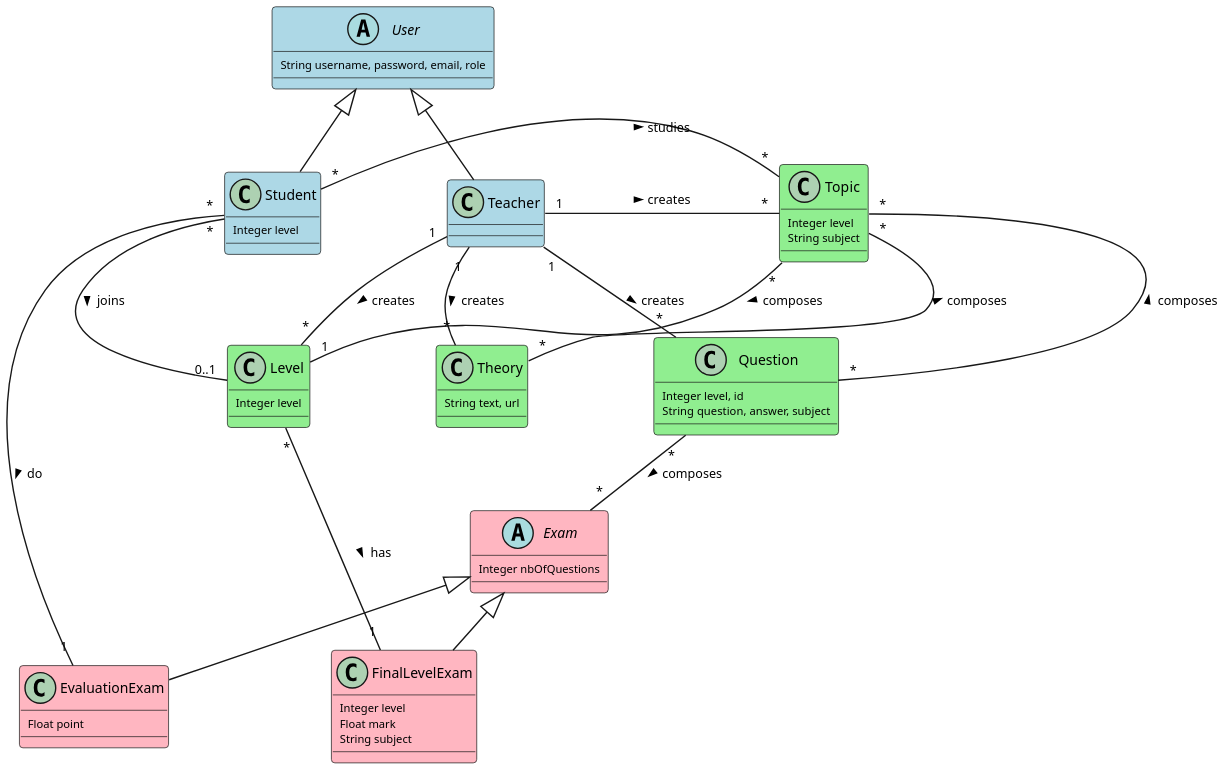
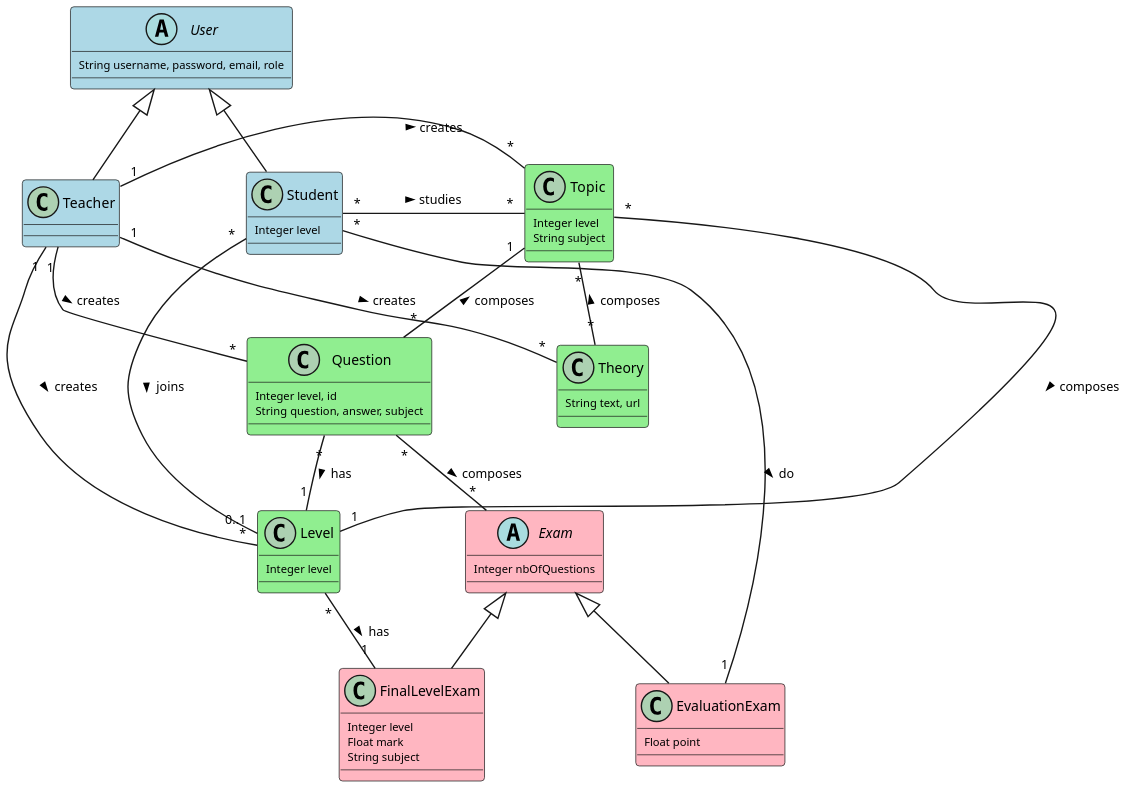
Before and after one commit to UdL-EPS-SoftArch/LearnIT-API: the diagram in UML_diagram.puml, drawn with PlantUML. The commit also changed 9 other files, not shown here.

```diff
--- a/UML_diagram.puml
+++ b/UML_diagram.puml
@@ -1,76 +1,77 @@
 @startuml
 skinparam dpi 200
 skinparam classAttributeFontSize 8
 skinparam classArrowFontSize 9
 skinparam classFontSize 10
 skinparam nodesep 90
 skinparam ranksep 40
 hide stereotype
 skinparam class {
 	BackgroundColor White
 	BackgroundColor<<Exam>> LightPink
 	BackgroundColor<<User>> LightBlue
 	BackgroundColor<<Level>> LightGreen
 }
 
 abstract class User <<User>> {
     String username, password, email, role
 }
 
 class Teacher <<User>> extends User {
 }
 
 class Student <<User>> extends User {
     Integer level
 }
 
 
 
 abstract class Exam <<Exam>> {
     Integer nbOfQuestions
 }
 
 class EvaluationExam <<Exam>> extends Exam {
     Float point
 }
 
 class FinalLevelExam <<Exam>> extends Exam {
      Integer level
      Float mark
      String subject
 }
 
 class Theory <<Level>> {
     String text, url
 }
 
 class Level <<Level>> {
     Integer level
 }
 
 class Topic <<Level>> {
     Integer level
     String subject
 }
 
 class Question <<Level>> {
     Integer level, id
     String question, answer, subject
 }
 
 EvaluationExam "1" -left- "*" Student: do <
 FinalLevelExam "1" -left- "*" Level: has <
 Topic "*" -left- "*" Student: studies <
 Level "0..1" -left- "*" Student: joins <
 
 Level "*" -left- "1" Teacher: creates <
 Topic "*" -left- "1" Teacher: creates <
 Question "*" -left- "1" Teacher: creates <
 Theory "*" -left- "1" Teacher: creates <
 
-Question "*" -up- "*" Topic: composes >
+Question "*" -up- "1" Topic: composes >
 Theory "*" -up- "*" Topic: composes >
 Level "1" -up- "*" Topic: composes <
+Level "1" -up- "*" Question: has <
 
 Question "*" -- "*" Exam: composes >
 @enduml
```
